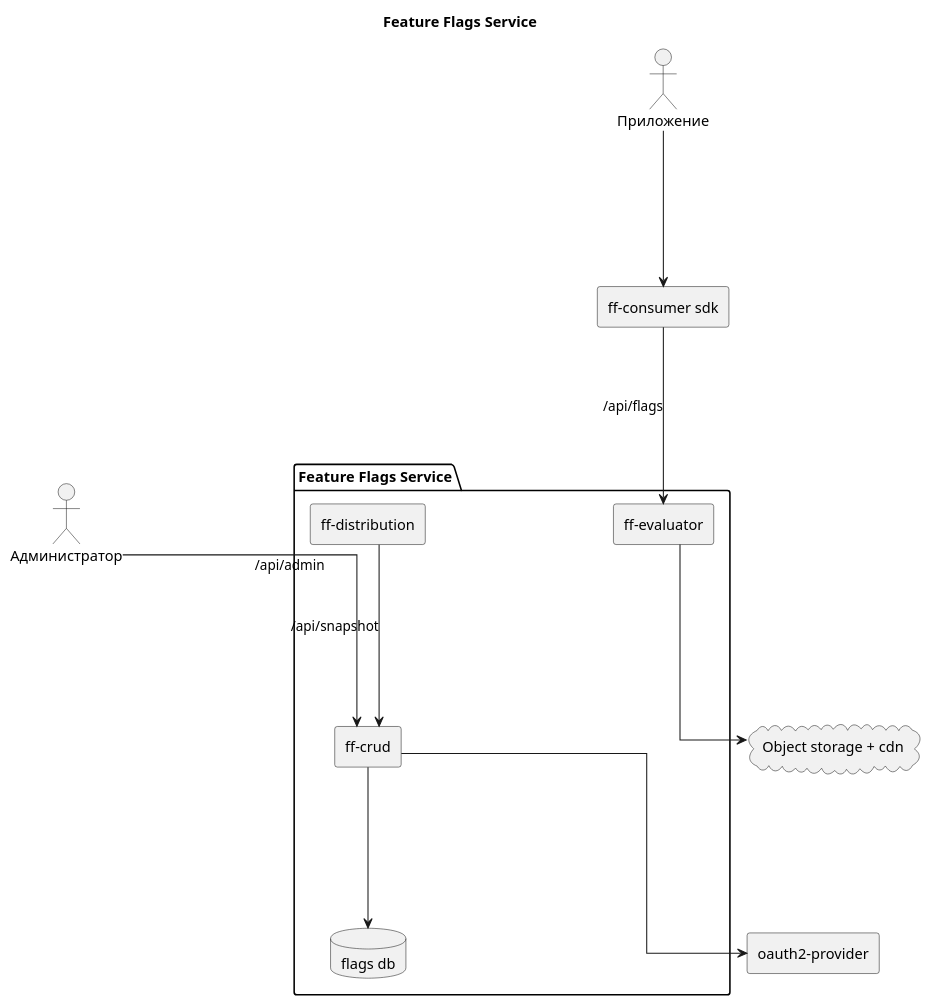
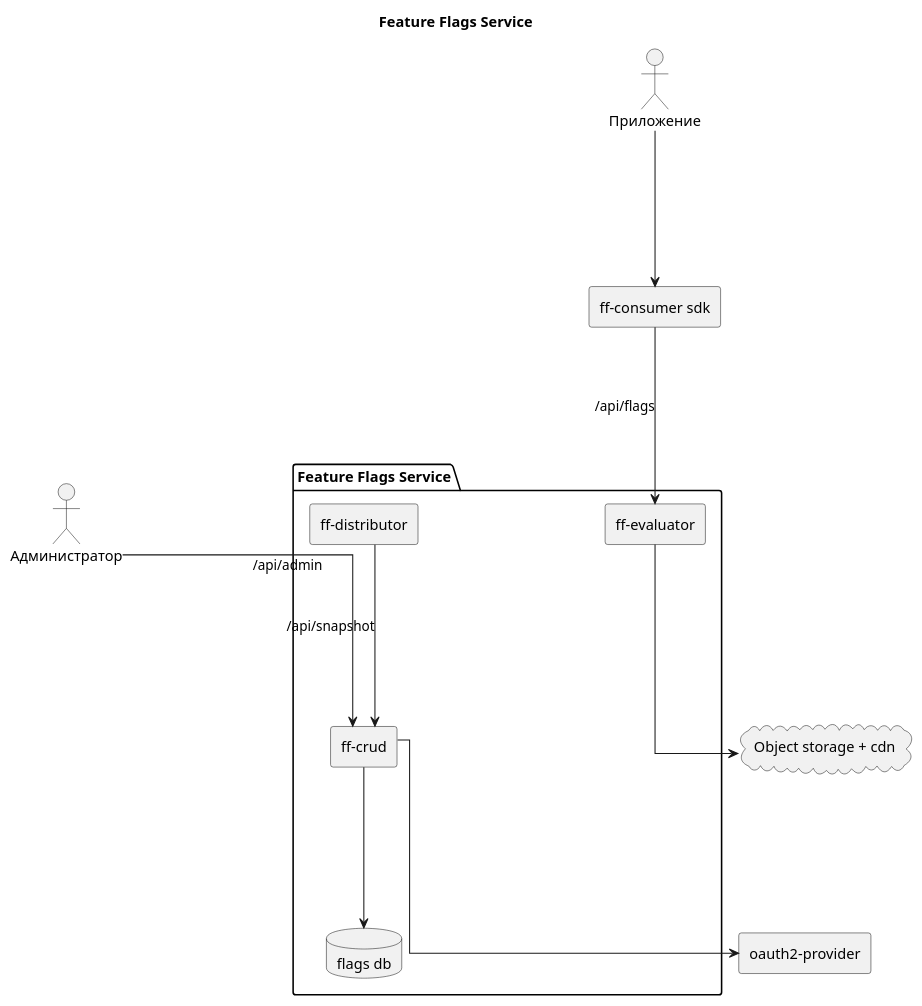
One commit to nvchursin/otus-feature-flags changed the diagram in docs/solid/service-decomposition.puml. Above: the diagram before and after it, drawn with PlantUML. The commit also changed 5 other files, not shown here.

```diff
--- a/docs/solid/service-decomposition.puml
+++ b/docs/solid/service-decomposition.puml
@@ -1,30 +1,30 @@
 @startuml service-decomposition
 title Feature Flags Service
 
 skinparam linetype ortho
 skinparam nodesep 180
 skinparam ranksep 150
 skinparam componentStyle rectangle
 
 actor "Администратор" as admin
 actor "Приложение" as consumer
 cloud "Object storage + cdn" as storage
 [oauth2-provider] as auth
 [ff-consumer sdk] as sdk
 
 package "Feature Flags Service" {
     [ff-crud] as crud
-    [ff-distribution] as dist
+    [ff-distributor] as dist
     [ff-evaluator] as eval
     database "flags db" as db
 }
 
 admin --> crud: /api/admin
 consumer --> sdk
 crud --> auth
 crud --> db
 dist --> crud: /api/snapshot
 eval --> storage
 sdk --> eval: /api/flags
 
 @enduml
```
